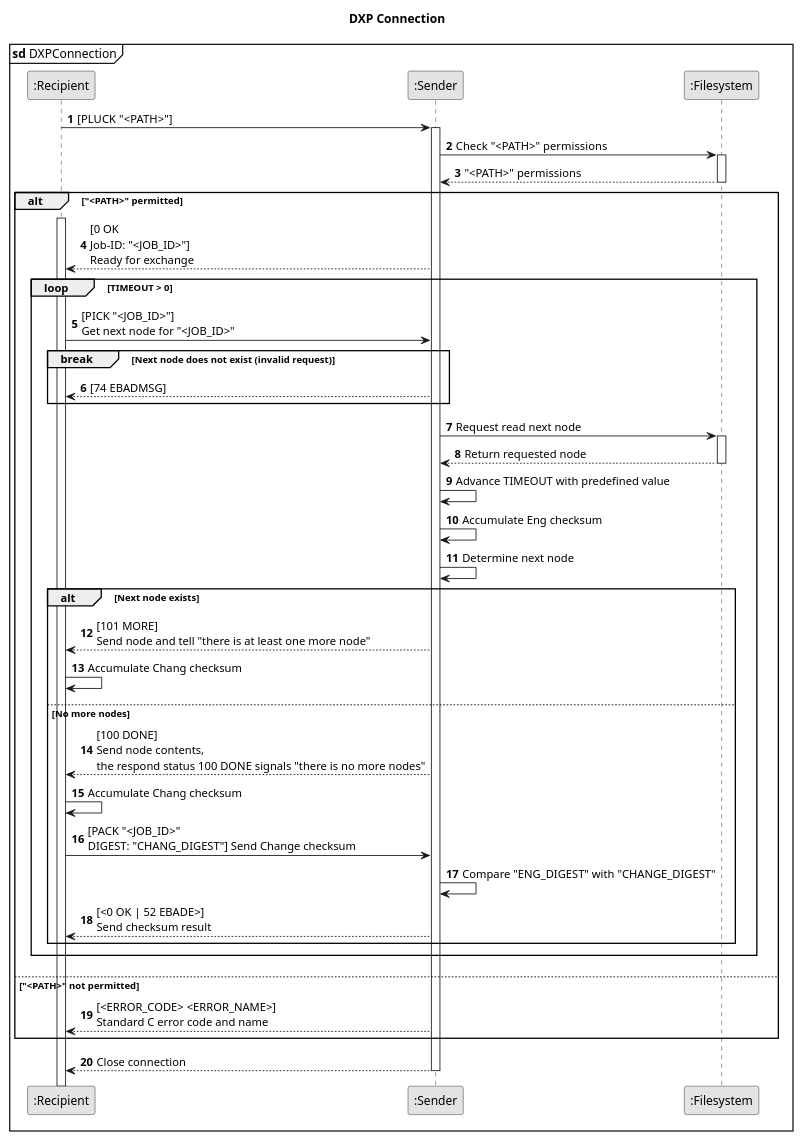
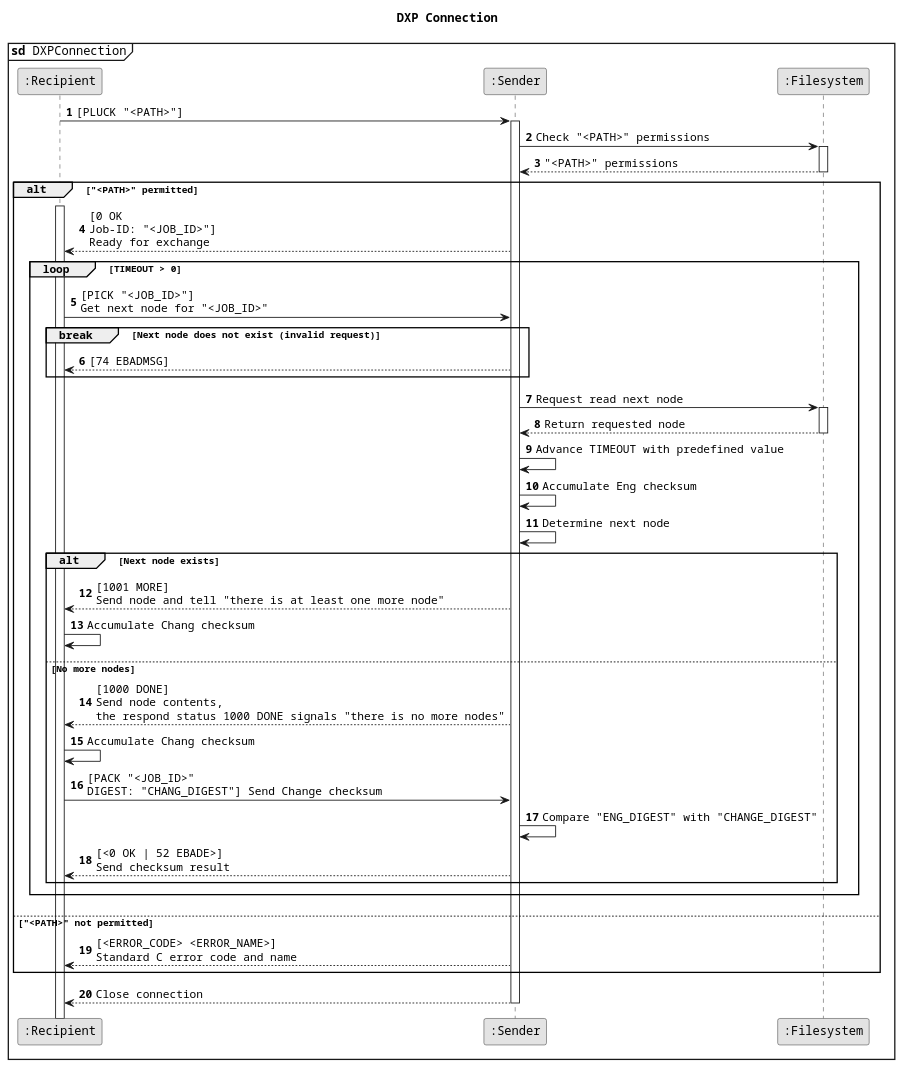
One commit to naiithink/pastree changed the diagram in diagrams/dxp-connection.puml. Above: the diagram before and after it, drawn with PlantUML. The commit also changed 4 other files, not shown here.

```diff
--- a/diagrams/dxp-connection.puml
+++ b/diagrams/dxp-connection.puml
@@ -1,75 +1,75 @@
 @startuml
 !pragma teoz true
 skinparam monochrome true
-skinparam defaultFontName Courier New
+skinparam defaultFontName Courier
 
 title DXP Connection
 mainframe **sd** DXPConnection
 
 participant ":Recipient" as Recipient
 participant ":Sender" as Sender
 participant ":Filesystem" as Filesystem
 
 autonumber
 
 Recipient -> Sender: [PLUCK "<PATH>"]
 activate Sender
 
 Sender -> Filesystem: Check "<PATH>" permissions
 activate Filesystem
 Filesystem --> Sender: "<PATH>" permissions
 deactivate Filesystem
 
 ' alt 1
 alt "<PATH>" permitted
 activate Recipient
 Sender --> Recipient: [0 OK\nJob-ID: "<JOB_ID>"]\nReady for exchange
 
 ' loop 1
 loop TIMEOUT > 0
 Recipient -> Sender: [PICK "<JOB_ID>"]\nGet next node for "<JOB_ID>"
 
 ' break 1
 break Next node does not exist (invalid request)
 Sender --> Recipient: [74 EBADMSG]
 
 ' break 1
 end
 
 Sender -> Filesystem: Request read next node
 activate Filesystem
 Filesystem --> Sender: Return requested node
 deactivate Filesystem
 
 Sender -> Sender: Advance TIMEOUT with predefined value
 Sender -> Sender: Accumulate Eng checksum
 Sender -> Sender: Determine next node
 
 ' alt 2
 alt Next node exists
-Sender --> Recipient: [101 MORE]\nSend node and tell "there is at least one more node"
+Sender --> Recipient: [1001 MORE]\nSend node and tell "there is at least one more node"
 Recipient -> Recipient: Accumulate Chang checksum
 
 ' alt 2
 else No more nodes
-Sender --> Recipient: [100 DONE]\nSend node contents,\nthe respond status 100 DONE signals "there is no more nodes"
+Sender --> Recipient: [1000 DONE]\nSend node contents,\nthe respond status 1000 DONE signals "there is no more nodes"
 Recipient -> Recipient: Accumulate Chang checksum
 Recipient -> Sender: [PACK "<JOB_ID>"\nDIGEST: "CHANG_DIGEST"] Send Change checksum
 Sender -> Sender: Compare "ENG_DIGEST" with "CHANGE_DIGEST"
 Sender --> Recipient: [<0 OK | 52 EBADE>]\nSend checksum result
 
 ' alt 2
 end
 
 ' loop 1
 end
 
 ' alt 1
 else "<PATH>" not permitted
 Sender --> Recipient: [<ERROR_CODE> <ERROR_NAME>]\nStandard C error code and name
 'alt 1
 end
 
 Sender --> Recipient: Close connection
 deactivate Sender
 @enduml
```
